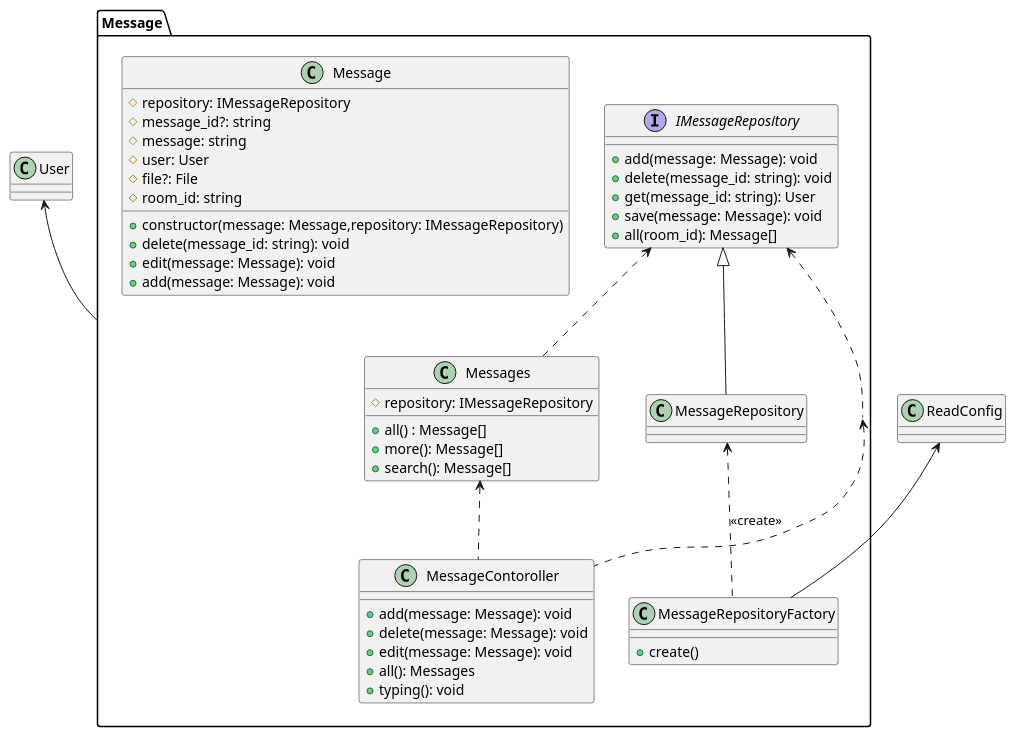
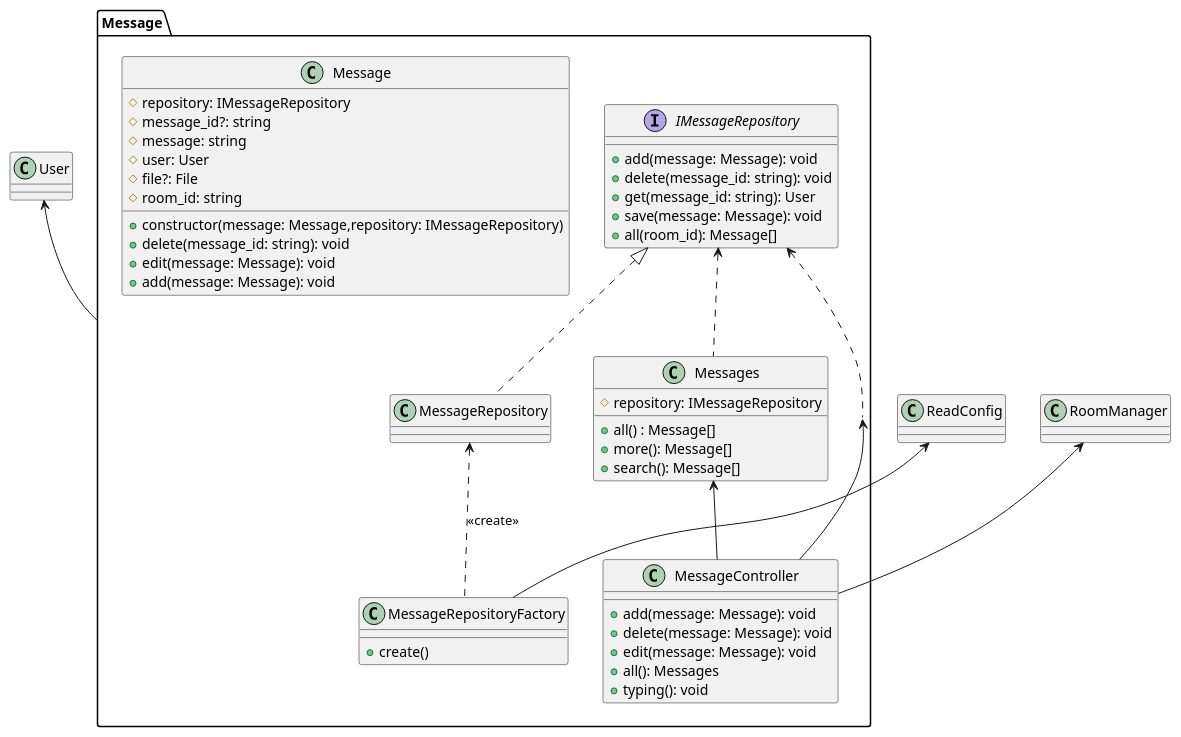
Before and after one commit to TOnodera/chatterman: the diagram in documents/plantUML/クラス図/サーバー/クラス図Message.wsd, drawn with PlantUML. The commit also changed 6 other files, not shown here.

```diff
--- a/documents/plantUML/クラス図/サーバー/クラス図Message.wsd
+++ b/documents/plantUML/クラス図/サーバー/クラス図Message.wsd
@@ -1,56 +1,57 @@
 @startuml
 package Message{
 
     Interface IMessageRepository{
         +add(message: Message): void
         +delete(message_id: string): void
         +get(message_id: string): User
         +save(message: Message): void
         +all(room_id): Message[]
     }
 
     class Message{
         #repository: IMessageRepository
         #message_id?: string
         #message: string
         #user: User
         #file?: File
         #room_id: string
         
         +constructor(message: Message,repository: IMessageRepository)
         +delete(message_id: string): void
         +edit(message: Message): void
         +add(message: Message): void
     }
 
     class Messages{
         #repository: IMessageRepository
         +all() : Message[]
         +more(): Message[]
         +search(): Message[]
     }
 
-    class MessageContoroller{
+    class MessageController{
         +add(message: Message): void
         +delete(message: Message): void
         +edit(message: Message): void
         +all(): Messages
         +typing(): void
     }
 
     class MessageRepositoryFactory{
         +create()
     }
     class MessageRepository
 }
 
 MessageRepository <.. MessageRepositoryFactory: <<create>>
-Message <.. MessageContoroller
-Messages <.. MessageContoroller
+Message <-- MessageController
+Messages <-- MessageController
 User <-- Message
 IMessageRepository <.. Message
 IMessageRepository <.. Messages
 ReadConfig <-- MessageRepositoryFactory
-IMessageRepository <|-- MessageRepository
+IMessageRepository <|.. MessageRepository
+RoomManager <-- MessageController
 
 @enduml
```
